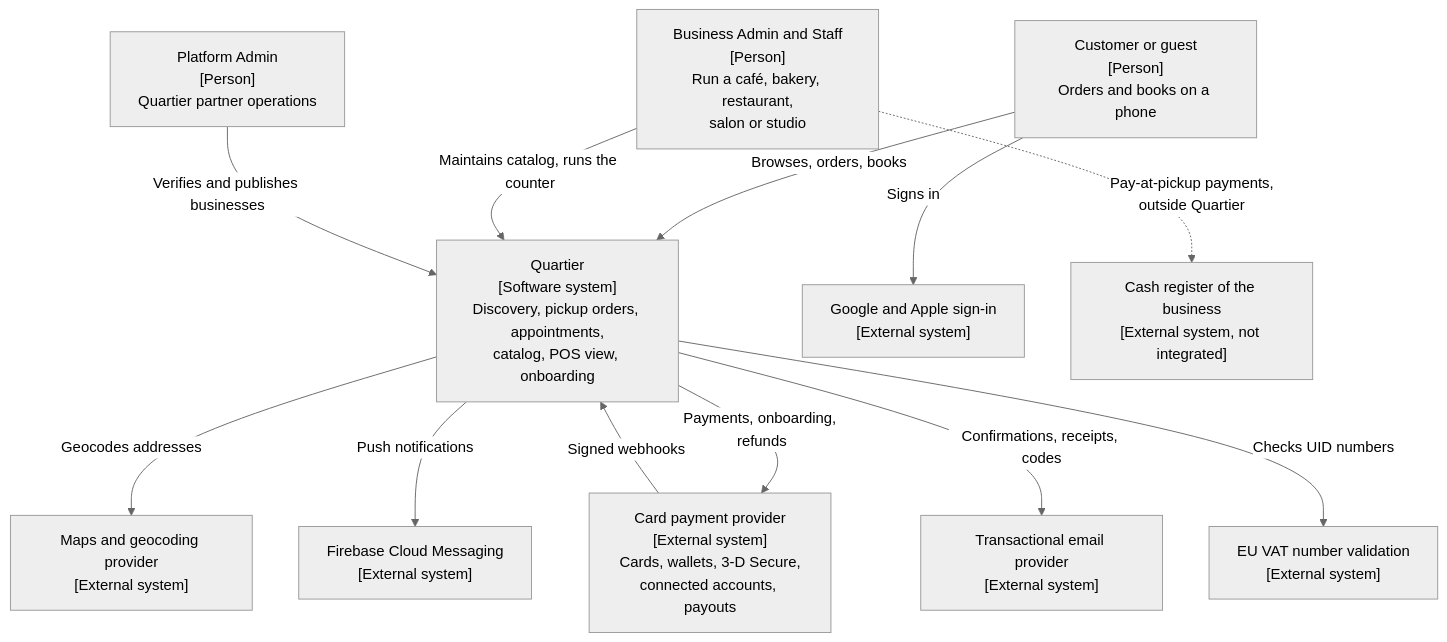
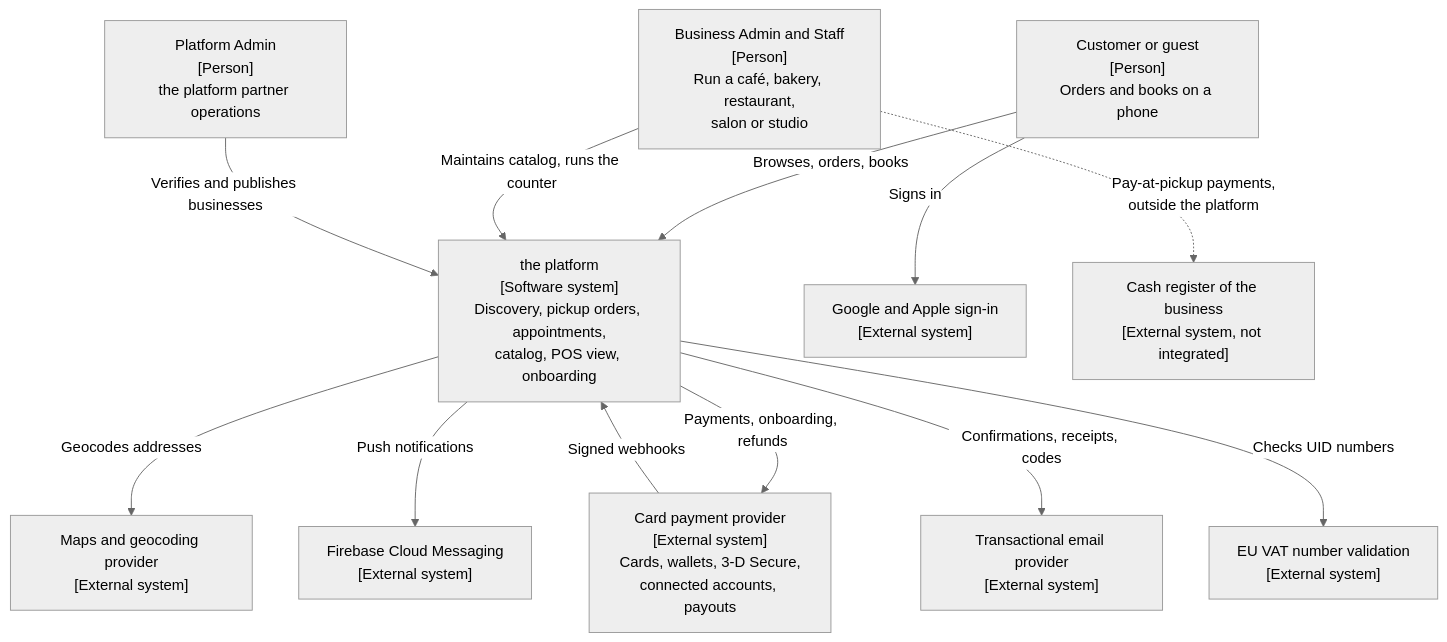
One commit to ayushsingh0456/local-commerce-booking-platform changed the first of 2 diagrams in 03-design/architecture/system-architecture.md. Above: the diagram before and after it, drawn with Mermaid (neutral theme). The commit also changed other lines of this file and 46 other files, not shown here.

````diff
--- a/03-design/architecture/system-architecture.md
+++ b/03-design/architecture/system-architecture.md
@@ -31,25 +31,25 @@
 ```mermaid
 flowchart TB
   CUS["Customer or guest<br/>[Person]<br/>Orders and books on a phone"]
   BIZ["Business Admin and Staff<br/>[Person]<br/>Run a café, bakery, restaurant,<br/>salon or studio"]
-  PLT["Platform Admin<br/>[Person]<br/>Quartier partner operations"]
-  QT["Quartier<br/>[Software system]<br/>Discovery, pickup orders, appointments,<br/>catalog, POS view, onboarding"]
+  PLT["Platform Admin<br/>[Person]<br/>the platform partner operations"]
+  QT["the platform<br/>[Software system]<br/>Discovery, pickup orders, appointments,<br/>catalog, POS view, onboarding"]
   PSP["Card payment provider<br/>[External system]<br/>Cards, wallets, 3-D Secure,<br/>connected accounts, payouts"]
   MAP["Maps and geocoding provider<br/>[External system]"]
   PUSH["Firebase Cloud Messaging<br/>[External system]"]
   MAIL["Transactional email provider<br/>[External system]"]
   IDP["Google and Apple sign-in<br/>[External system]"]
   VIES["EU VAT number validation<br/>[External system]"]
   REG["Cash register of the business<br/>[External system, not integrated]"]
   CUS -->|"Browses, orders, books"| QT
   BIZ -->|"Maintains catalog, runs the counter"| QT
   PLT -->|"Verifies and publishes businesses"| QT
   QT -->|"Payments, onboarding, refunds"| PSP
   PSP -->|"Signed webhooks"| QT
   QT -->|"Geocodes addresses"| MAP
   QT -->|"Push notifications"| PUSH
   QT -->|"Confirmations, receipts, codes"| MAIL
   CUS -->|"Signs in"| IDP
   QT -->|"Checks UID numbers"| VIES
-  BIZ -.->|"Pay-at-pickup payments,<br/>outside Quartier"| REG
+  BIZ -.->|"Pay-at-pickup payments,<br/>outside the platform"| REG
 ```
````
